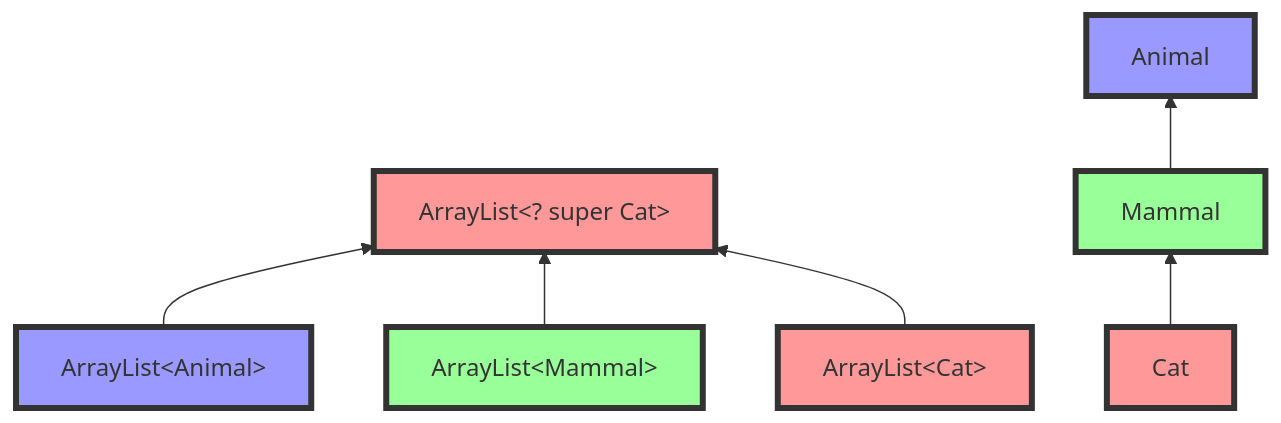
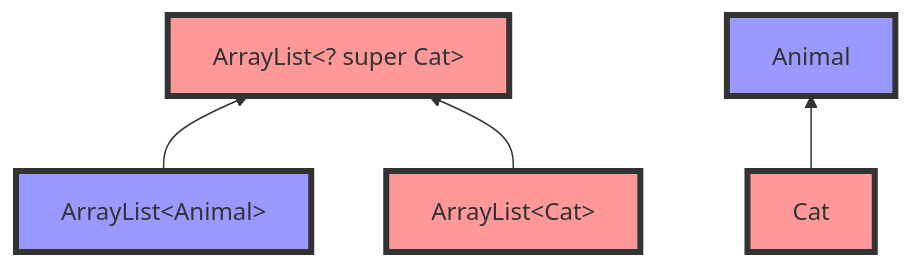
One commit to KULeuven-Diepenbeek/ses-course changed the ninth of 11 diagrams in content/advjava/generics.md. Above: the diagram before and after it, drawn with Mermaid. The commit also changed other lines of this file, not shown here.

````diff
--- a/content/advjava/generics.md
+++ b/content/advjava/generics.md
@@ -720,20 +781,16 @@
 ```mermaid
 graph BT
 ALsuperCat["ArrayList#lt;? super Cat>"]
 ALAnimal["ArrayList#lt;Animal>"]
-ALMammal["ArrayList#lt;Mammal>"]
 ALCat["ArrayList#lt;Cat>"]
 ALAnimal --> ALsuperCat
-ALMammal --> ALsuperCat
 ALCat --> ALsuperCat
 
-Cat --> Mammal
-Mammal --> Animal
+Cat --> Animal
 classDef cat fill:#f99,stroke:#333,stroke-width:4px;
 classDef mammal fill:#9f9,stroke:#333,stroke-width:4px;
 classDef animal fill:#99f,stroke:#333,stroke-width:4px;
 class ALCat,ALsuperCat,Cat cat;
-class ALMammal,Mammal mammal;
 class ALAnimal,Animal animal;
 
 ```
````
